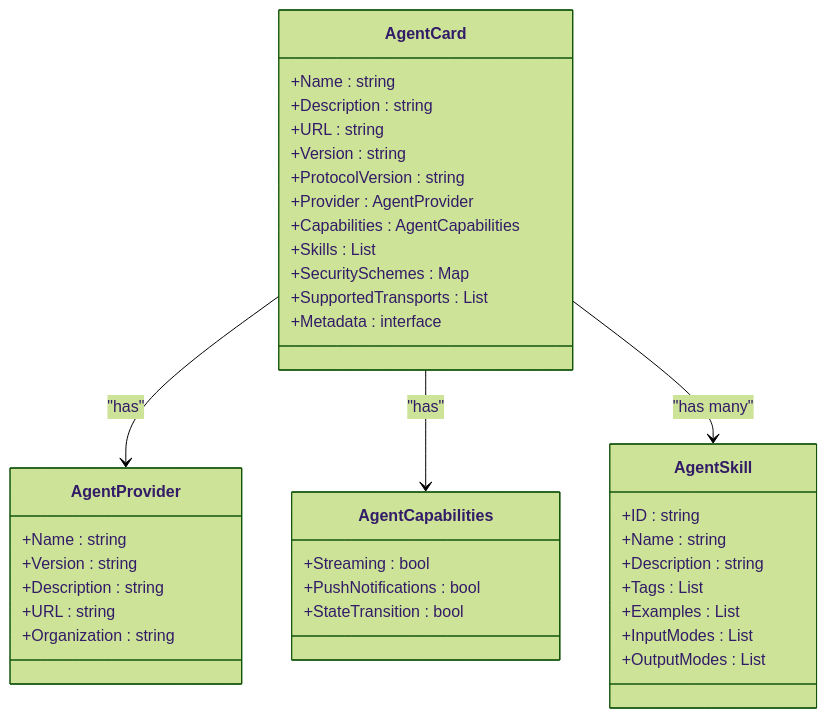
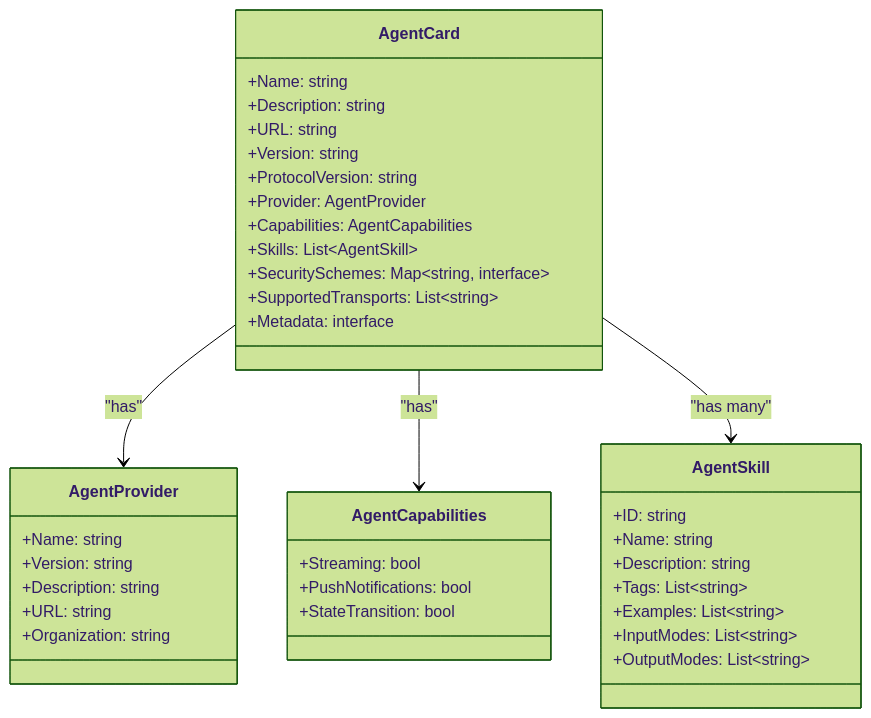
One commit to prxs-ai/praxis-go-sdk changed the first of 7 diagrams in docs/Data Models.md. Above: the diagram before and after it, drawn with Mermaid (forest theme). The commit also changed other lines of this file and 33 other files, not shown here.

````diff
--- a/docs/Data Models.md
+++ b/docs/Data Models.md
@@ -87,40 +87,40 @@
 ```mermaid
 classDiagram
 class AgentCard {
-+Name : string
-+Description : string
-+URL : string
-+Version : string
-+ProtocolVersion : string
-+Provider : AgentProvider
-+Capabilities : AgentCapabilities
-+Skills : List<AgentSkill>
-+SecuritySchemes : Map<string, interface>
-+SupportedTransports : List<string>
-+Metadata : interface
++Name: string
++Description: string
++URL: string
++Version: string
++ProtocolVersion: string
++Provider: AgentProvider
++Capabilities: AgentCapabilities
++Skills: List~AgentSkill~
++SecuritySchemes: Map~string, interface~
++SupportedTransports: List~string~
++Metadata: interface
 }
 class AgentProvider {
-+Name : string
-+Version : string
-+Description : string
-+URL : string
-+Organization : string
++Name: string
++Version: string
++Description: string
++URL: string
++Organization: string
 }
 class AgentCapabilities {
-+Streaming : bool
-+PushNotifications : bool
-+StateTransition : bool
++Streaming: bool
++PushNotifications: bool
++StateTransition: bool
 }
 class AgentSkill {
-+ID : string
-+Name : string
-+Description : string
-+Tags : List<string>
-+Examples : List<string>
-+InputModes : List<string>
-+OutputModes : List<string>
++ID: string
++Name: string
++Description: string
++Tags: List~string~
++Examples: List~string~
++InputModes: List~string~
++OutputModes: List~string~
 }
-AgentCard --> AgentProvider : "has"
-AgentCard --> AgentCapabilities : "has"
-AgentCard --> AgentSkill : "has many"
+AgentCard --> AgentProvider: "has"
+AgentCard --> AgentCapabilities: "has"
+AgentCard --> AgentSkill: "has many"
 ```
````
